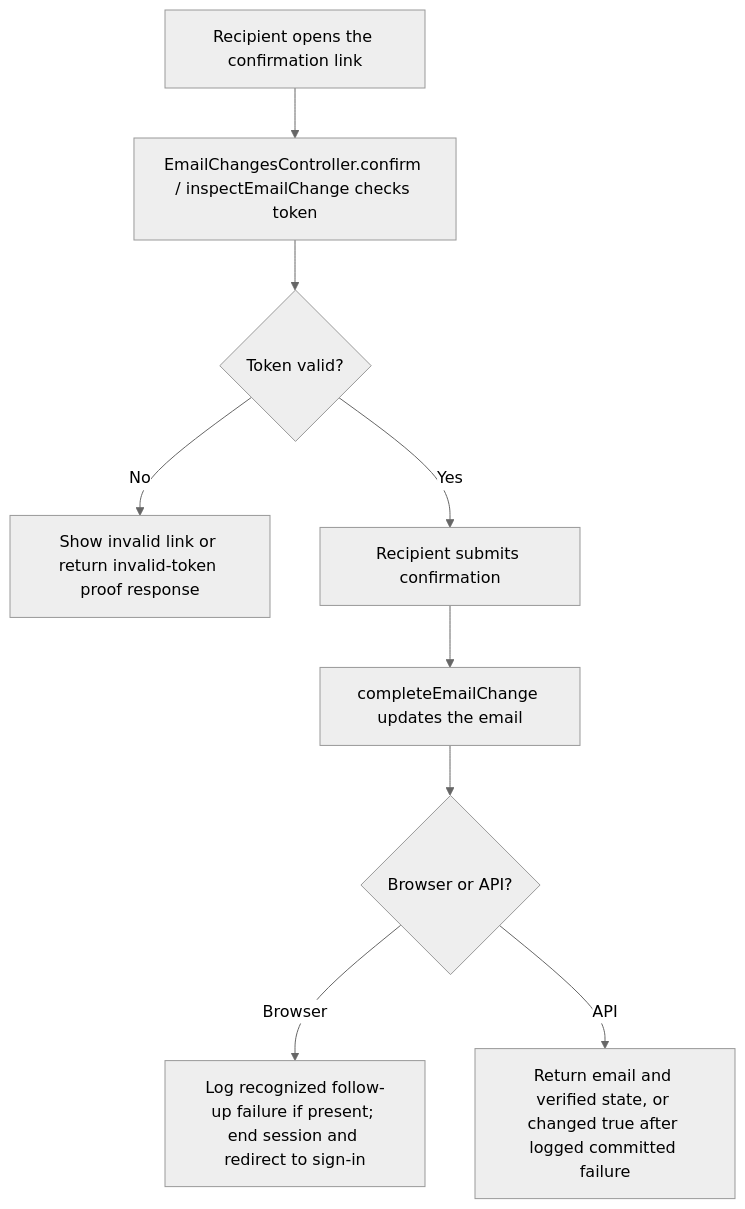
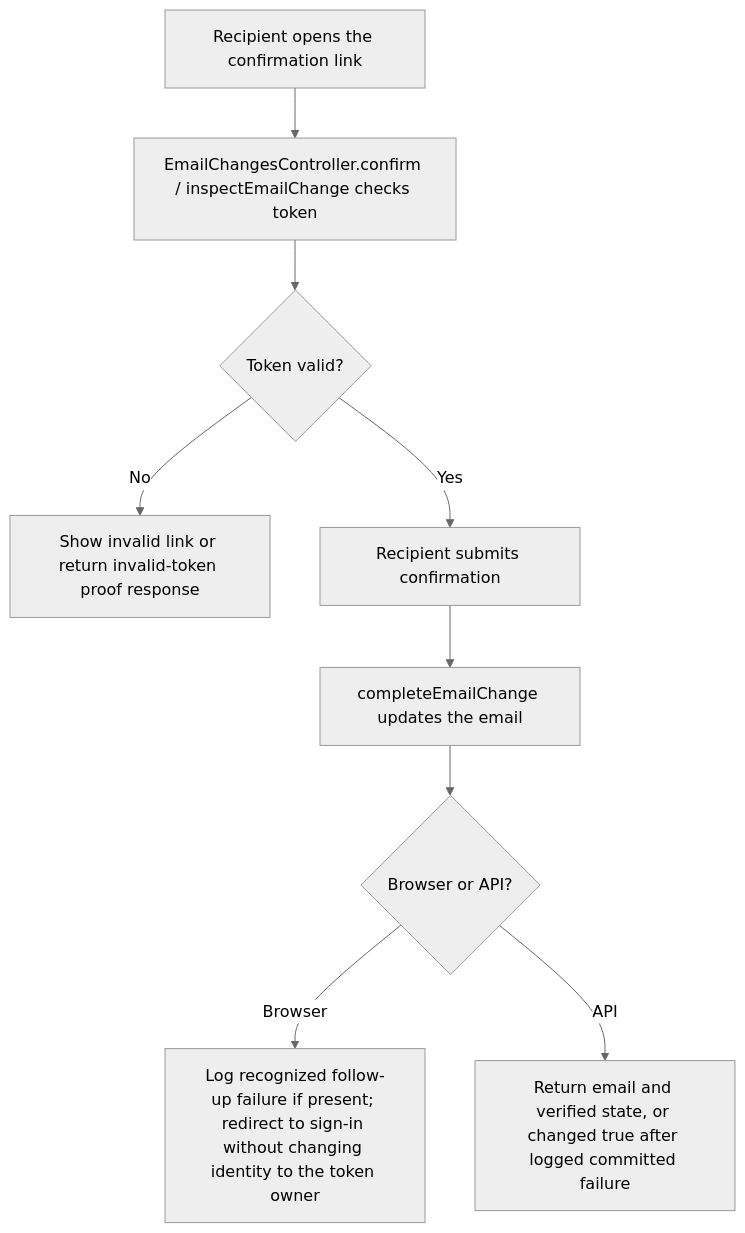
One commit to Kevinjohn/oss-adonisjs-starter-examples changed the first of 2 diagrams in user-stories/accounts/us-account-07-confirm-email-change.md. Above: the diagram before and after it, drawn with Mermaid (neutral theme). The commit also changed other lines of this file and 11 other files, not shown here.

````diff
--- a/user-stories/accounts/us-account-07-confirm-email-change.md
+++ b/user-stories/accounts/us-account-07-confirm-email-change.md
@@ -21,11 +21,11 @@
 ```mermaid
 flowchart TD
     A["Recipient opens the confirmation link"] --> B["EmailChangesController.confirm / inspectEmailChange checks token"]
     B --> C{"Token valid?"}
     C -->|No| D["Show invalid link or return invalid-token proof response"]
     C -->|Yes| E["Recipient submits confirmation"]
     E --> F["completeEmailChange updates the email"]
     F --> G{"Browser or API?"}
-    G -->|Browser| H["Log recognized follow-up failure if present; end session and redirect to sign-in"]
+    G -->|Browser| H["Log recognized follow-up failure if present; redirect to sign-in without changing identity to the token owner"]
     G -->|API| I["Return email and verified state, or changed true after logged committed failure"]
 ```
````
